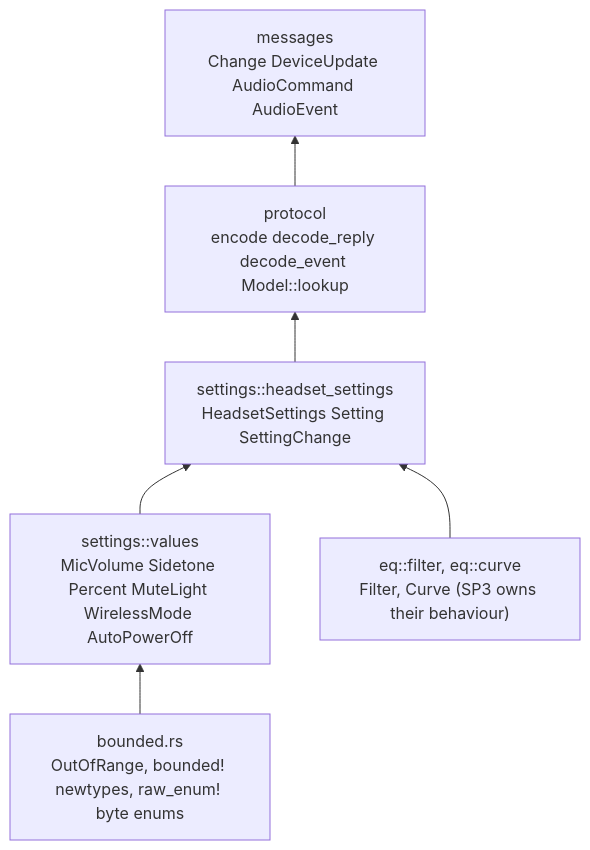
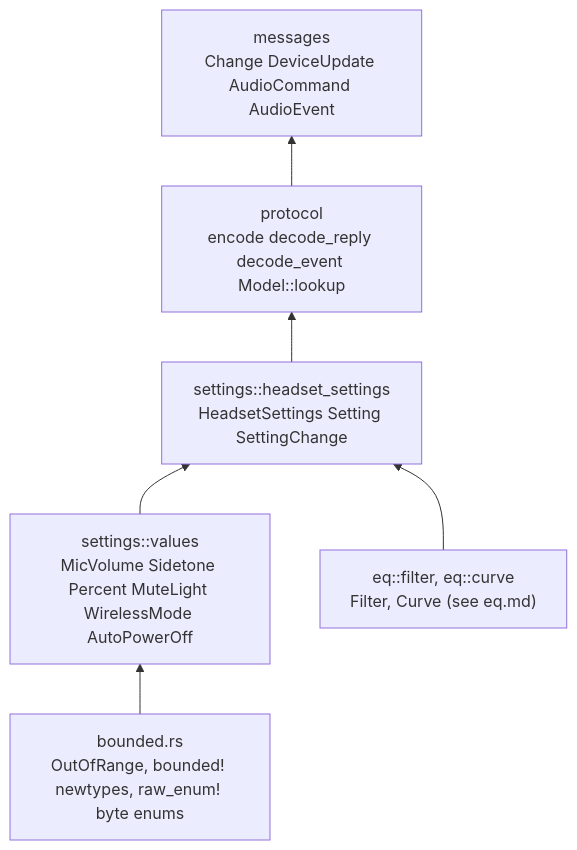
The first of 4 diagrams in docs/architecture/protocol.md (marcelogm/arctis-companion), drawn with Mermaid before and after one commit. The commit also changed other lines of this file and 48 other files, not shown here.

````diff
--- a/docs/architecture/protocol.md
+++ b/docs/architecture/protocol.md
@@ -9,11 +9,11 @@
 ```mermaid
 flowchart BT
     B["bounded.rs<br/>OutOfRange, bounded! newtypes, raw_enum! byte enums"]
     V["settings::values<br/>MicVolume Sidetone Percent MuteLight WirelessMode AutoPowerOff"]
-    E["eq::filter, eq::curve<br/>Filter, Curve (SP3 owns their behaviour)"]
+    E["eq::filter, eq::curve<br/>Filter, Curve (see eq.md)"]
     H["settings::headset_settings<br/>HeadsetSettings Setting SettingChange"]
     P["protocol<br/>encode decode_reply decode_event Model::lookup"]
     M["messages<br/>Change DeviceUpdate AudioCommand AudioEvent"]
     B --> V --> H
     E --> H --> P --> M
 ```
````
